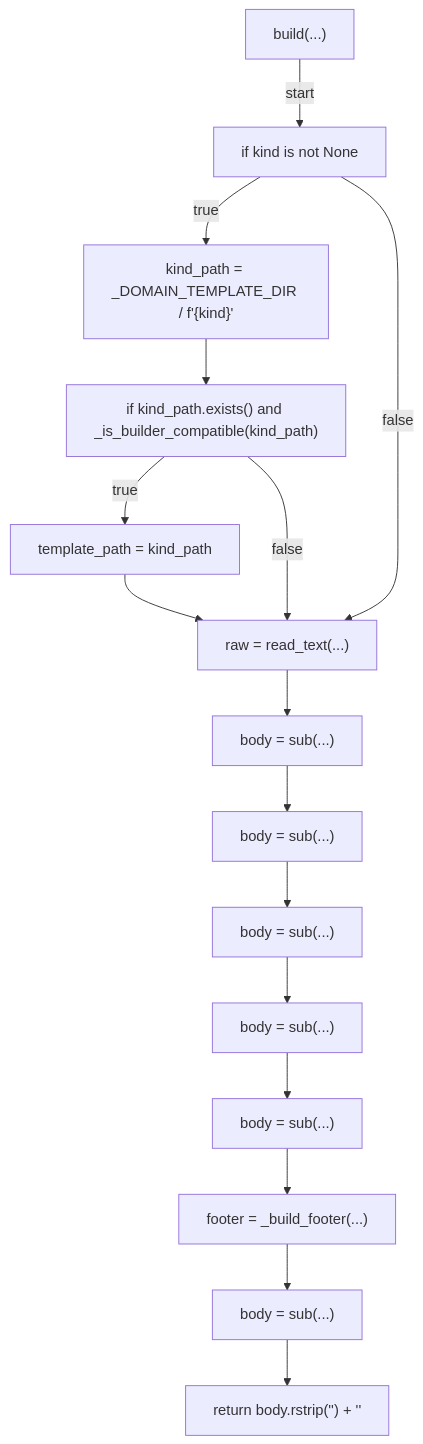
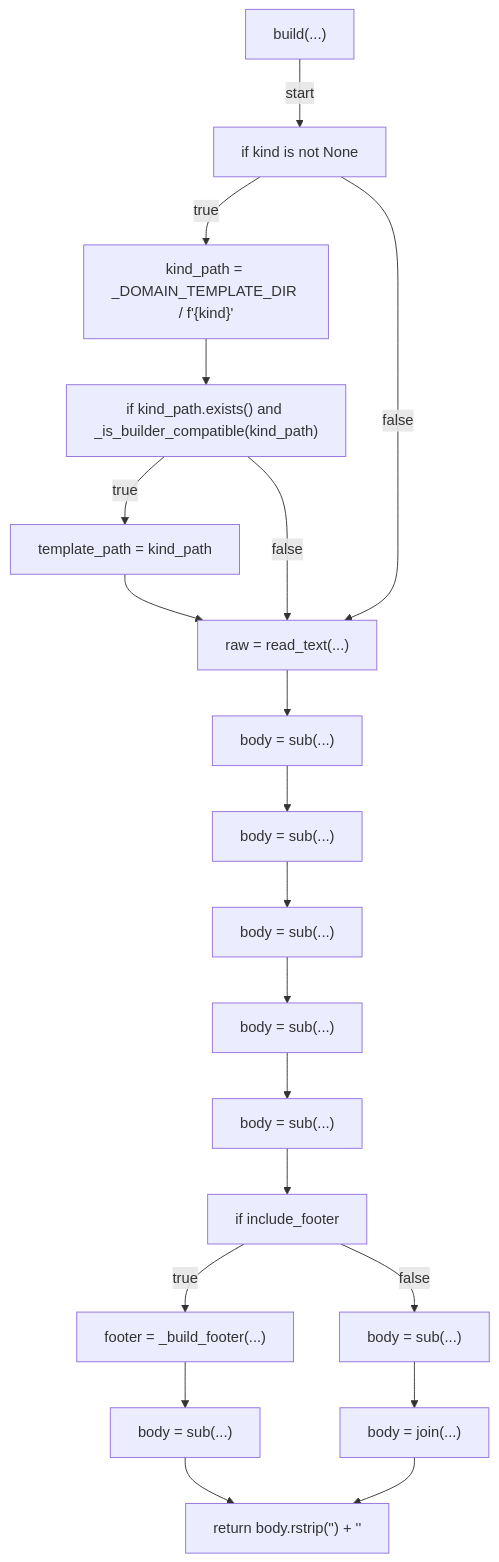
Before and after one commit to tvna/claude-md: the fourth of 5 diagrams in docs/generated/scripts/ast/pr_body_builder.md, drawn with Mermaid. The commit also changed other lines of this file and 1 other file, not shown here.

First line of the commit message:
docs(generated): regenerate decision tree and workflow diagrams

````diff
--- a/docs/generated/scripts/ast/pr_body_builder.md
+++ b/docs/generated/scripts/ast/pr_body_builder.md
@@ -44,32 +44,39 @@
 ```mermaid
 flowchart TD
     N001["build(...)"]
     N002["if kind is not None"]
     N003["kind_path = _DOMAIN_TEMPLATE_DIR / f'{kind}<str>'"]
     N004["if kind_path.exists() and _is_builder_compatible(kind_path)"]
     N005["template_path = kind_path"]
     N006["raw = read_text(...)"]
     N007["body = sub(...)"]
     N008["body = sub(...)"]
     N009["body = sub(...)"]
     N010["body = sub(...)"]
     N011["body = sub(...)"]
-    N012["footer = _build_footer(...)"]
-    N013["body = sub(...)"]
-    N014["return body.rstrip('<str>') + '<str>'"]
+    N012["if include_footer"]
+    N013["footer = _build_footer(...)"]
+    N014["body = sub(...)"]
+    N015["body = sub(...)"]
+    N016["body = join(...)"]
+    N017["return body.rstrip('<str>') + '<str>'"]
     N001 -->|"start"| N002
     N002 -->|"true"| N003
     N003 --> N004
     N004 -->|"true"| N005
     N005 --> N006
     N004 -->|"false"| N006
     N002 -->|"false"| N006
     N006 --> N007
     N007 --> N008
     N008 --> N009
     N009 --> N010
     N010 --> N011
     N011 --> N012
-    N012 --> N013
+    N012 -->|"true"| N013
     N013 --> N014
+    N012 -->|"false"| N015
+    N015 --> N016
+    N014 --> N017
+    N016 --> N017
 ```
````
